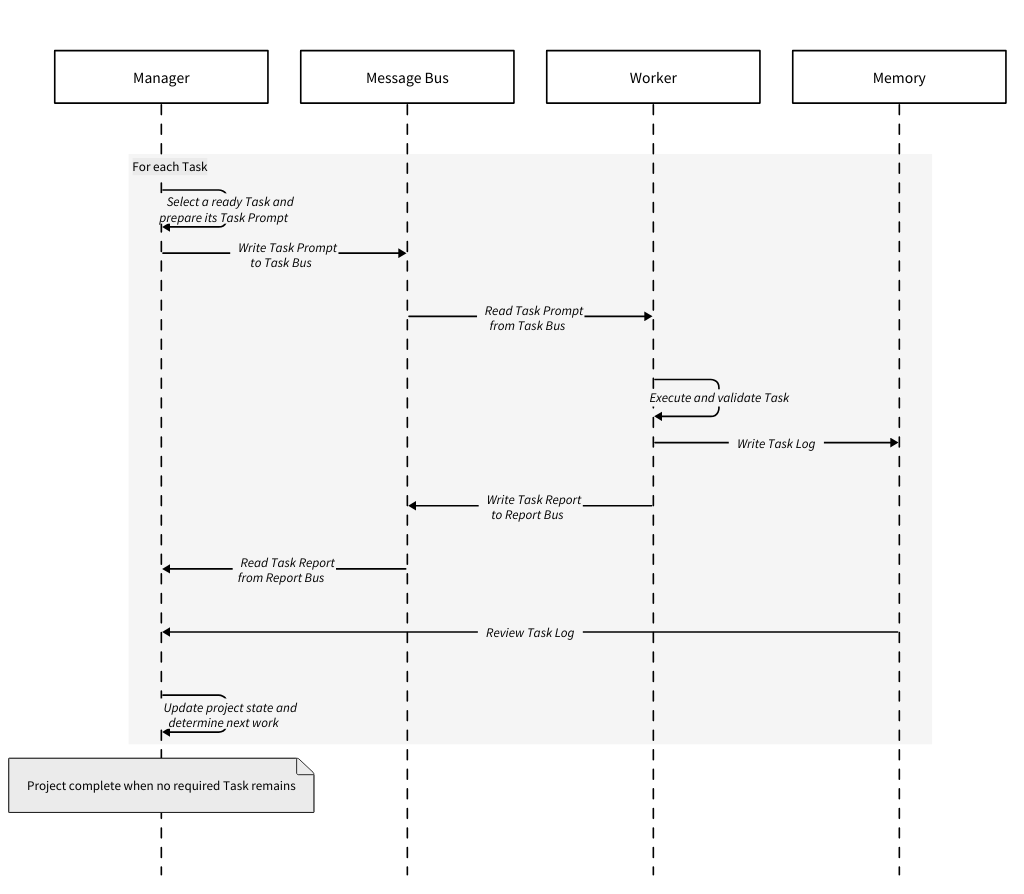
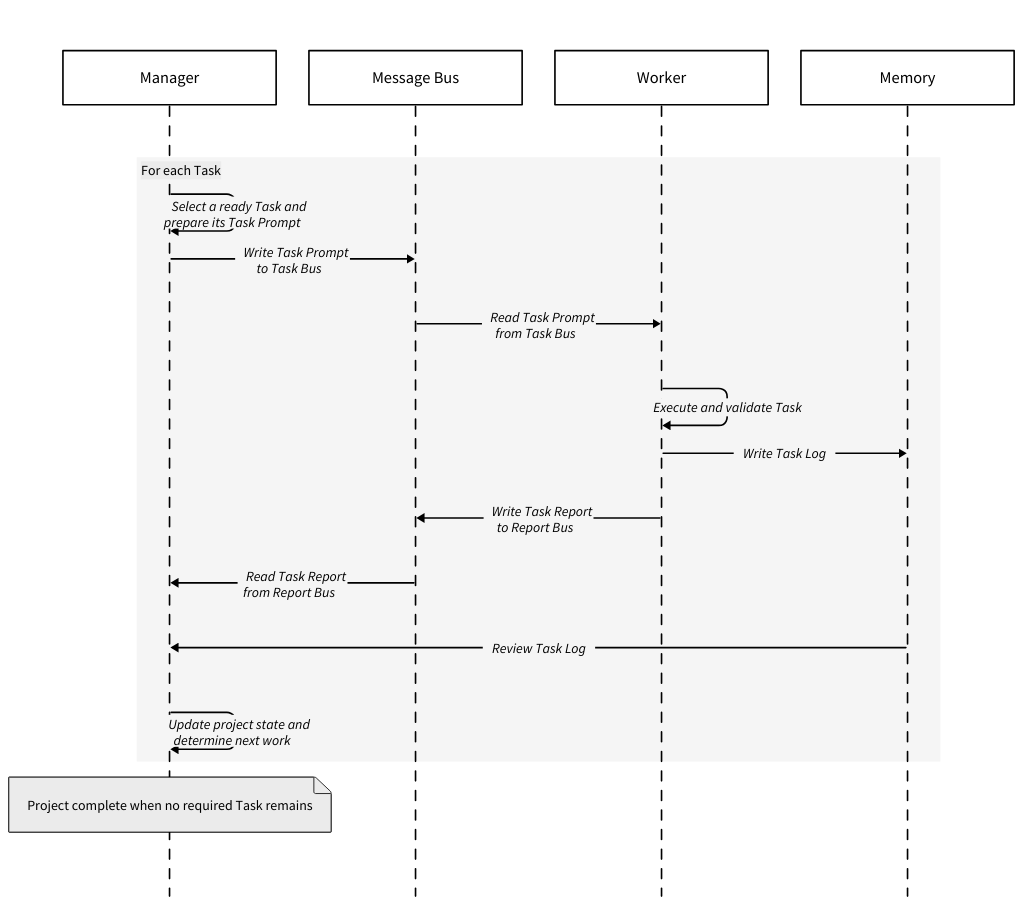
The diagram in diagrams/framework-design/task-cycle.d2 (sdi2200262/bsc-apm-thesis), drawn with D2 before and after one commit. The commit also changed 11 other files, not shown here.

Commit message:
chore(thesis): align contribution framing and figure font sizes

```diff
--- a/diagrams/framework-design/task-cycle.d2
+++ b/diagrams/framework-design/task-cycle.d2
@@ -1,107 +1,107 @@
 vars: {
   d2-config: {
     layout-engine: elk
     theme-id: 0
     pad: 8
     center: true
   }
 }
 
 task_cycle: {
   label: ""
   shape: sequence_diagram
 
   manager: Manager
   message_bus: Message Bus
   workers: Worker
   memory: Memory
 
   manager.width: 260
   manager.style: {
     fill: "#ffffff"
     stroke: "#000000"
     stroke-width: 2
     font-color: "#000000"
-    font-size: 19
+    font-size: 20
     bold: false
     border-radius: 0
     shadow: false
   }
 
   message_bus.width: 260
   message_bus.style: {
     fill: "#ffffff"
     stroke: "#000000"
     stroke-width: 2
     font-color: "#000000"
-    font-size: 19
+    font-size: 20
     bold: false
     border-radius: 0
     shadow: false
   }
 
   workers.width: 260
   workers.style: {
     fill: "#ffffff"
     stroke: "#000000"
     stroke-width: 2
     font-color: "#000000"
-    font-size: 19
+    font-size: 20
     bold: false
     border-radius: 0
     shadow: false
   }
 
   memory.width: 260
   memory.style: {
     fill: "#ffffff"
     stroke: "#000000"
     stroke-width: 2
     font-color: "#000000"
-    font-size: 19
+    font-size: 20
     bold: false
     border-radius: 0
     shadow: false
   }
 
   "For each Task": {
     style: {
       fill: "#ebebeb"
       stroke: "#000000"
       font-color: "#000000"
-      font-size: 16
+      font-size: 17
     }
 
     manager -> manager: " Select a ready Task and\nprepare its Task Prompt "
     manager -> message_bus: " Write Task Prompt\nto Task Bus "
     message_bus -> workers: " Read Task Prompt\nfrom Task Bus "
     workers -> workers: "  Execute and validate Task  "
     workers -> memory: " Write Task Log "
     workers -> message_bus: " Write Task Report\nto Report Bus "
     message_bus -> manager: " Read Task Report\nfrom Report Bus "
     memory -> manager: " Review Task Log "
     manager -> manager: " Update project state and\ndetermine next work "
   }
 
   manager."Project complete when no required Task remains": {
     style: {
       fill: "#ebebeb"
       stroke: "#000000"
       stroke-width: 1
       font-color: "#000000"
-      font-size: 16
+      font-size: 17
       bold: false
       italic: false
       border-radius: 0
       shadow: false
     }
   }
 
   (** -> **)[*].style: {
     stroke: "#000000"
     stroke-width: 2
     font-color: "#000000"
-    font-size: 16
+    font-size: 17
     border-radius: 10
   }
 }
```
